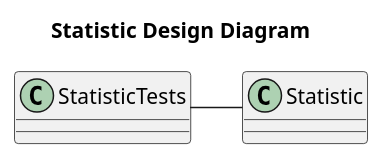
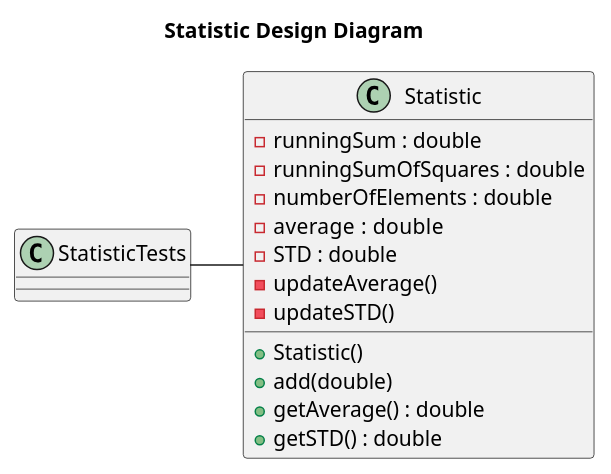
Before and after one commit to t-macdon/oop-cpp-605-604: the diagram in Statistic/docs/design.puml, drawn with PlantUML.

Commit message:
First pass at some UML content.

```diff
--- a/Statistic/docs/design.puml
+++ b/Statistic/docs/design.puml
@@ -2,15 +2,26 @@
 @startuml Statistic Design Diagram
 
 title Statistic Design Diagram
 
 class Statistic {
+    - runningSum : double
+    - runningSumOfSquares : double
+    - numberOfElements : double
+    - average  : double
+    - STD : double
+    - updateAverage()
+    - updateSTD()
     __
+    + Statistic()
+    + add(double)
+    + getAverage() : double
+    + getSTD() : double
 }
 
 class StatisticTests {
     __
 }
 
 Statistic -left- StatisticTests
 
 @enduml
```
